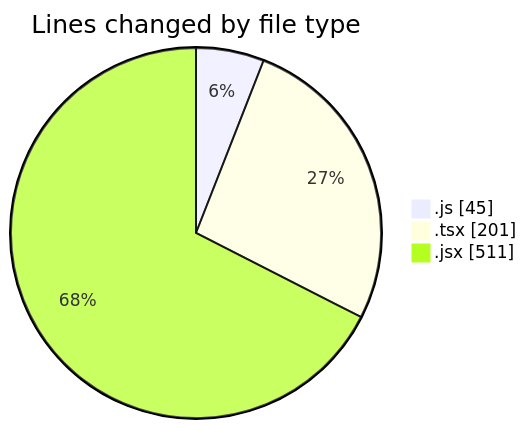
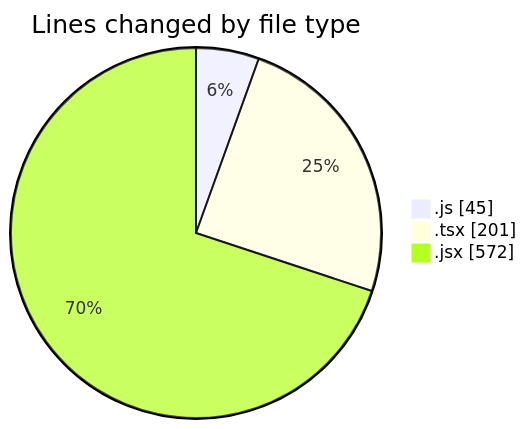
The first of 2 diagrams in 2026-01-09/nxtqube_webapp/README.md (nxtqubesakshisongat/code-tracking), drawn with Mermaid before and after one commit. The commit also changed other lines of this file and 1 other file, not shown here.

````diff
--- a/2026-01-09/nxtqube_webapp/README.md
+++ b/2026-01-09/nxtqube_webapp/README.md
@@ -22,7 +22,7 @@
 ```mermaid
 pie showData
 title Lines changed by file type
 ".js" : 45
 ".tsx" : 201
-".jsx" : 511
+".jsx" : 572
 ```
````
